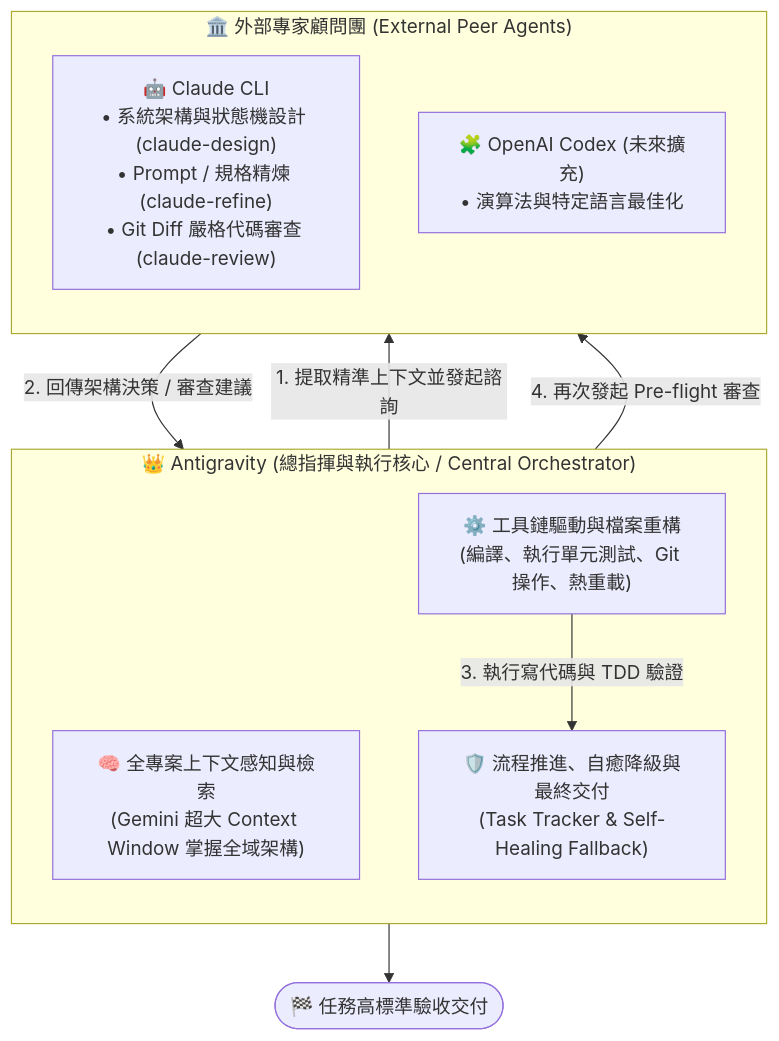
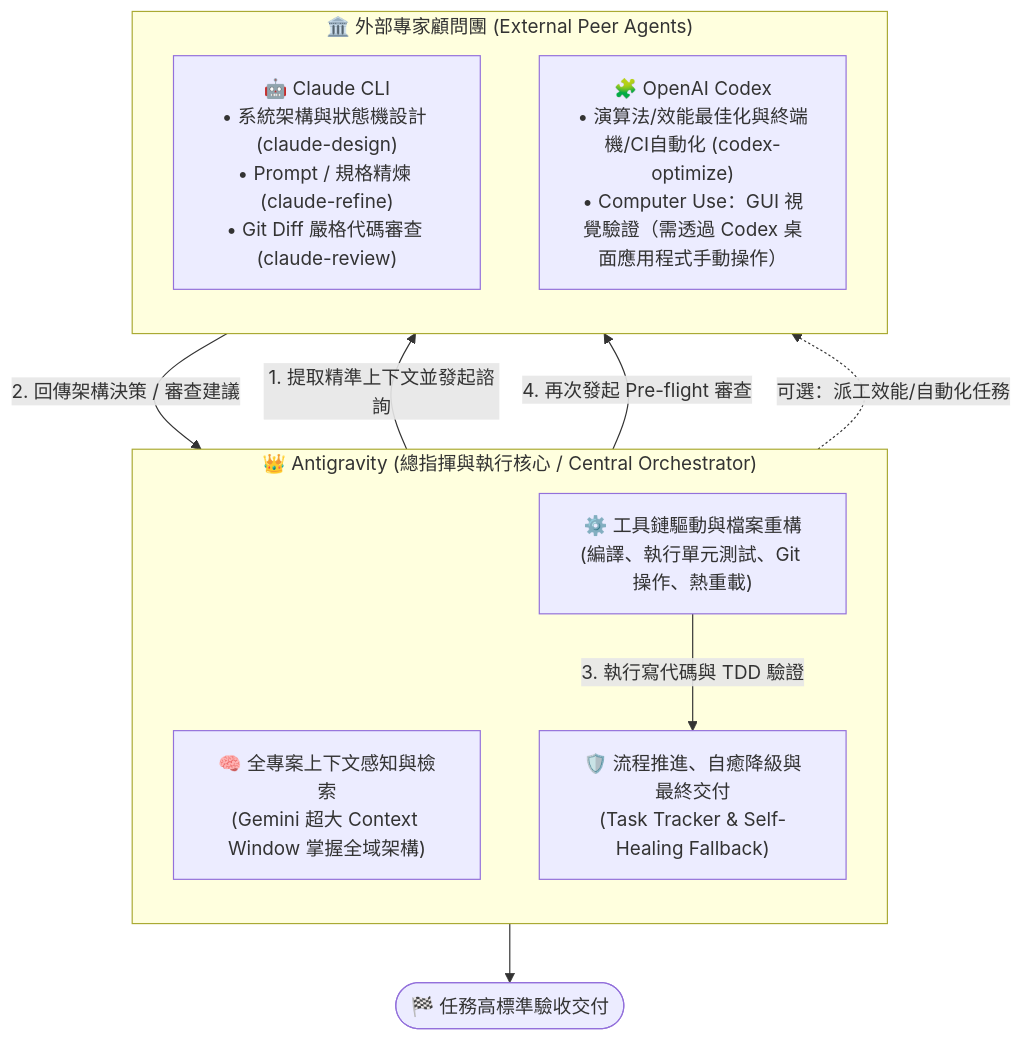
One commit to gogog22510/agent-collaborator changed the first of 2 diagrams in README_zh.md. Above: the diagram before and after it, drawn with Mermaid. The commit also changed other lines of this file and 8 other files, not shown here.

````diff
--- a/README_zh.md
+++ b/README_zh.md
@@ -16,21 +16,22 @@
 ```mermaid
 flowchart TD
     subgraph Orchestrator["👑 Antigravity (總指揮與執行核心 / Central Orchestrator)"]
         direction TB
         Awareness["🧠 全專案上下文感知與檢索<br/>(Gemini 超大 Context Window 掌握全域架構)"]
         Engine["⚙️ 工具鏈驅動與檔案重構<br/>(編譯、執行單元測試、Git 操作、熱重載)"]
         Supervisor["🛡️ 流程推進、自癒降級與最終交付<br/>(Task Tracker & Self-Healing Fallback)"]
     end
 
     subgraph PeerCouncil["🏛️ 外部專家顧問團 (External Peer Agents)"]
         direction TB
         Claude["🤖 Claude CLI<br/>• 系統架構與狀態機設計 (claude-design)<br/>• Prompt / 規格精煉 (claude-refine)<br/>• Git Diff 嚴格代碼審查 (claude-review)"]
-        Codex["🧩 OpenAI Codex (未來擴充)<br/>• 演算法與特定語言最佳化"]
+        Codex["🧩 OpenAI Codex<br/>• 演算法/效能最佳化與終端機/CI自動化 (codex-optimize)<br/>• Computer Use：GUI 視覺驗證（需透過 Codex 桌面應用程式手動操作）"]
     end
 
     Awareness -->|1. 提取精準上下文並發起諮詢| Claude
     Claude -->|2. 回傳架構決策 / 審查建議| Engine
     Engine -->|3. 執行寫代碼與 TDD 驗證| Supervisor
     Supervisor -->|4. 再次發起 Pre-flight 審查| Claude
+    Supervisor -.->|可選：派工效能/自動化任務| Codex
     Supervisor --> Done(["🏁 任務高標準驗收交付"])
 ```
````
